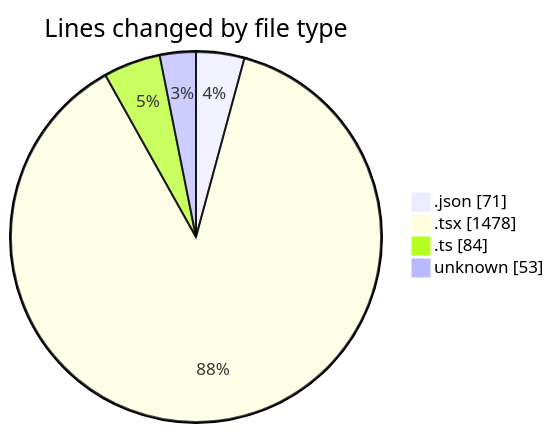
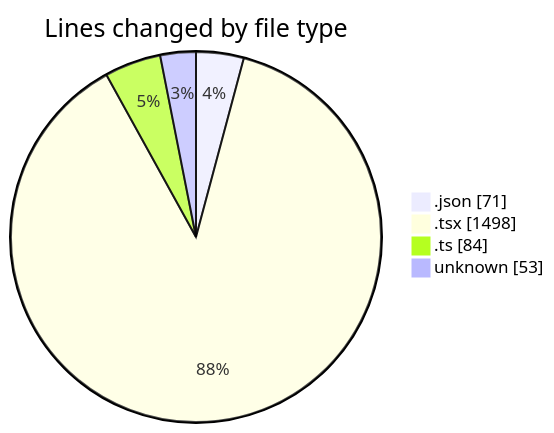
Before and after one commit to momahboobian/code-tracking: the first of 2 diagrams in 2026-01-29/cda/README.md, drawn with Mermaid. The commit also changed other lines of this file and 1 other file, not shown here.

````diff
--- a/2026-01-29/cda/README.md
+++ b/2026-01-29/cda/README.md
@@ -23,8 +23,8 @@
 ```mermaid
 pie showData
 title Lines changed by file type
 ".json" : 71
-".tsx" : 1478
+".tsx" : 1498
 ".ts" : 84
 "unknown" : 53
 ```
````
